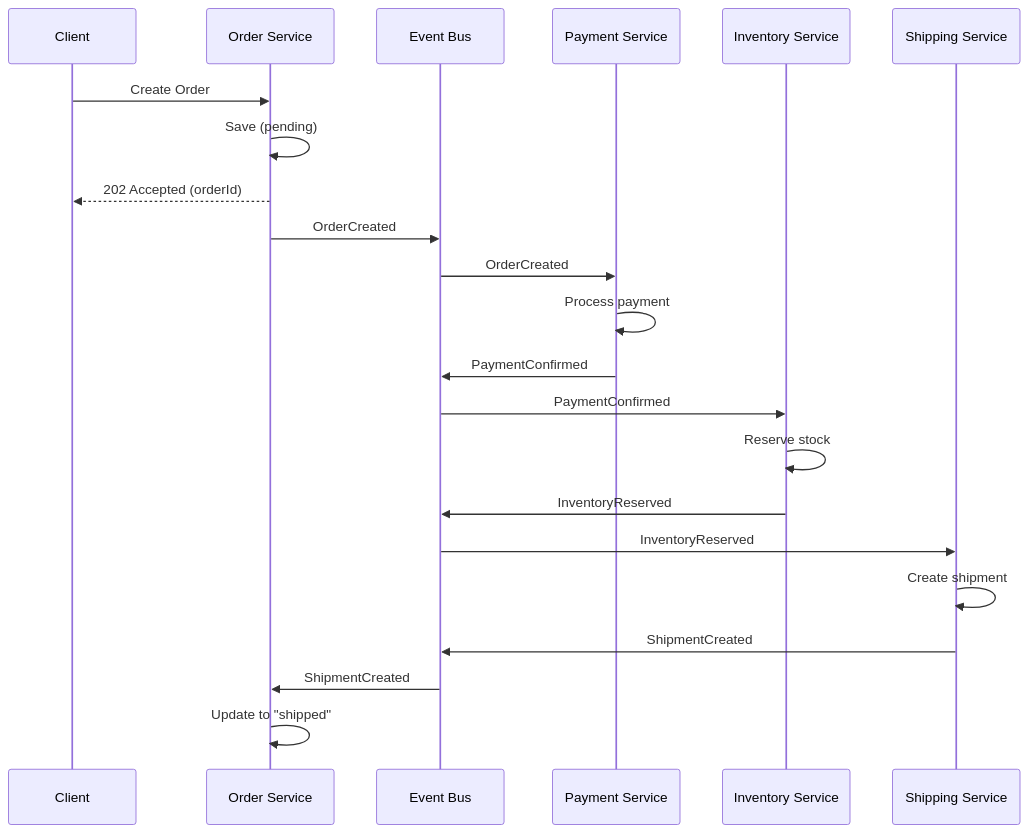
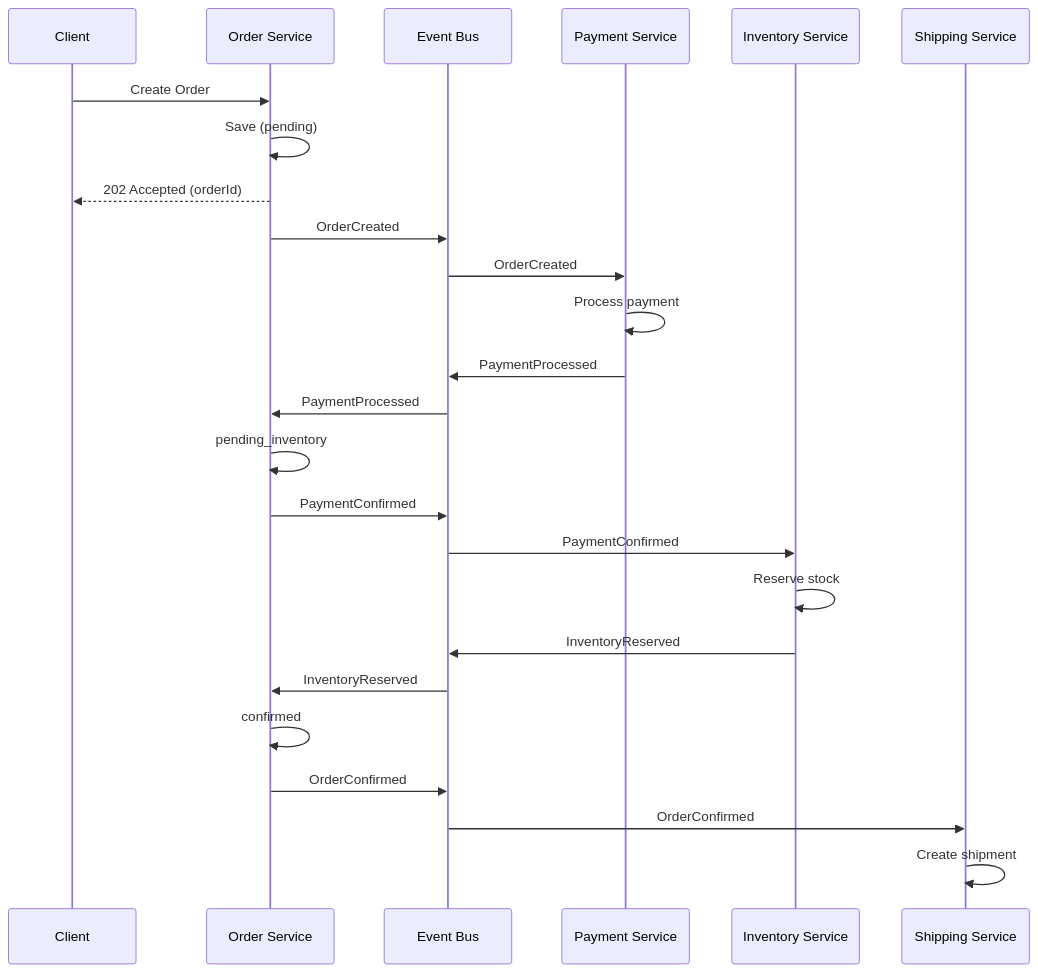
One commit to anaerobic/coupling changed the fifth of 8 diagrams in coupling-in-practice.md. Above: the diagram before and after it, drawn with Mermaid. The commit also changed other lines of this file and 8 other files, not shown here.

````diff
--- a/coupling-in-practice.md
+++ b/coupling-in-practice.md
@@ -749,29 +830,33 @@
 ```mermaid
 sequenceDiagram
     participant Client
     participant OrderSvc as Order Service
     participant Bus as Event Bus
     participant PaySvc as Payment Service
     participant InvSvc as Inventory Service
     participant ShipSvc as Shipping Service
 
     Client->>OrderSvc: Create Order
     OrderSvc->>OrderSvc: Save (pending)
     OrderSvc-->>Client: 202 Accepted (orderId)
     OrderSvc->>Bus: OrderCreated
 
     Bus->>PaySvc: OrderCreated
     PaySvc->>PaySvc: Process payment
-    PaySvc->>Bus: PaymentConfirmed
+    PaySvc->>Bus: PaymentProcessed
+
+    Bus->>OrderSvc: PaymentProcessed
+    OrderSvc->>OrderSvc: pending_inventory
+    OrderSvc->>Bus: PaymentConfirmed
 
     Bus->>InvSvc: PaymentConfirmed
     InvSvc->>InvSvc: Reserve stock
     InvSvc->>Bus: InventoryReserved
 
-    Bus->>ShipSvc: InventoryReserved
+    Bus->>OrderSvc: InventoryReserved
+    OrderSvc->>OrderSvc: confirmed
+    OrderSvc->>Bus: OrderConfirmed
+
+    Bus->>ShipSvc: OrderConfirmed
     ShipSvc->>ShipSvc: Create shipment
-    ShipSvc->>Bus: ShipmentCreated
-
-    Bus->>OrderSvc: ShipmentCreated
-    OrderSvc->>OrderSvc: Update to "shipped"
 ```
````
